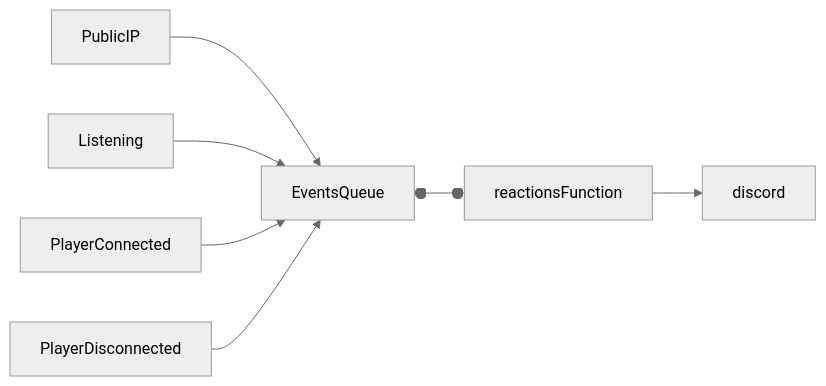
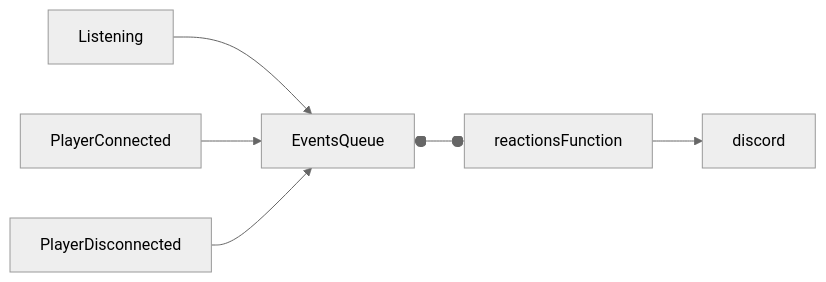
The second of 2 diagrams in README.md (rdalbuquerque/valheim-server), drawn with Mermaid (neutral theme) before and after one commit. The commit also changed other lines of this file, not shown here.

````diff
--- a/README.md
+++ b/README.md
@@ -36,9 +36,8 @@
 ```mermaid
 flowchart LR;
-    PublicIP --> EventsQueue
     Listening --> EventsQueue
     PlayerConnected --> EventsQueue
     PlayerDisconnected --> EventsQueue
     EventsQueue o--o reactionsFunction
     reactionsFunction --> discord
 ```
````
